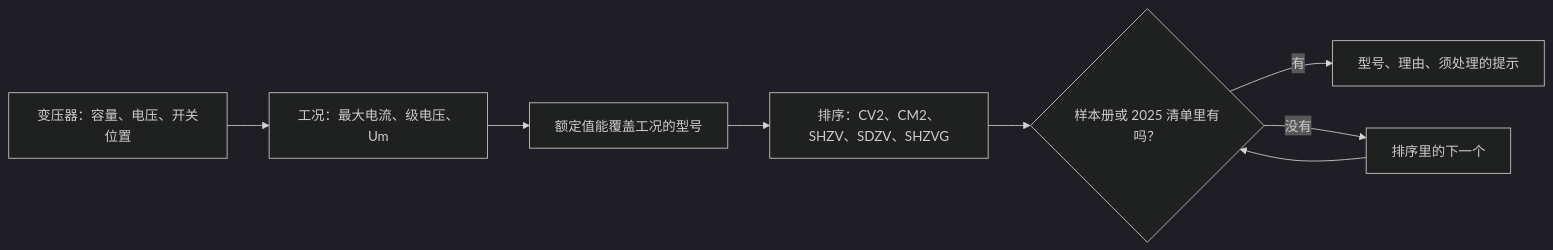
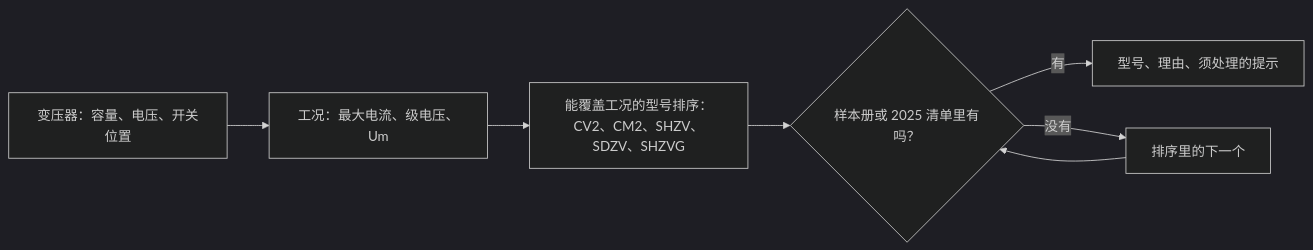
The diagram in README.zh-CN.md (erict16/oltc-selector), drawn with Mermaid (dark theme) before and after one commit. The commit also changed 1 other file, not shown here.

Commit message:
README: shorter flow chart

````diff
--- a/README.zh-CN.md
+++ b/README.zh-CN.md
@@ -142,10 +142,9 @@
 ```mermaid
 flowchart LR
   A["变压器：容量、电压、开关位置"] --> B["工况：最大电流、级电压、Um"]
-  B --> C["额定值能覆盖工况的型号"]
-  C --> D["排序：CV2、CM2、SHZV、SDZV、SHZVG"]
+  B --> D["能覆盖工况的型号排序：CV2、CM2、SHZV、SDZV、SHZVG"]
   D --> E{"样本册或 2025 清单里有吗？"}
   E -- 有 --> F["型号、理由、须处理的提示"]
   E -- 没有 --> G["排序里的下一个"]
   G --> E
 ```
````
